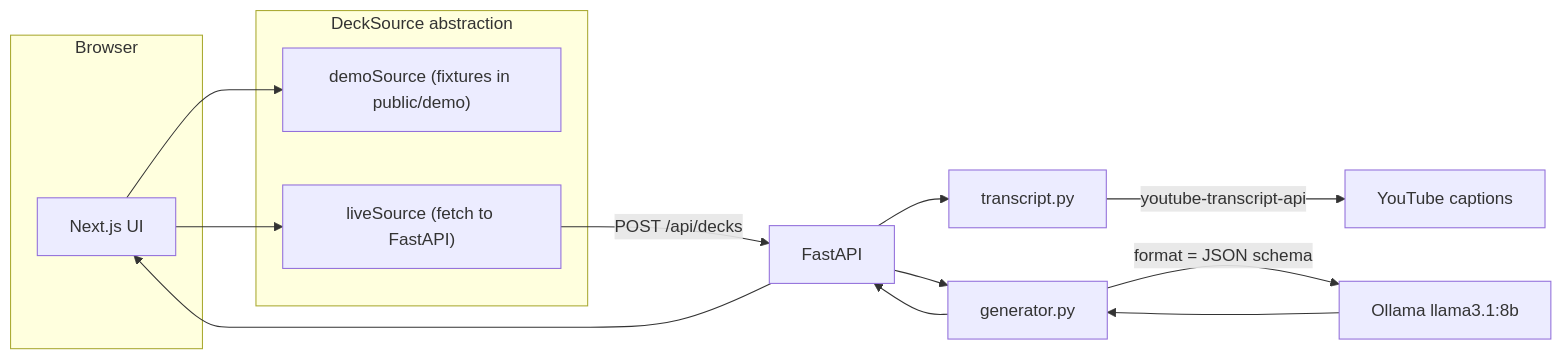
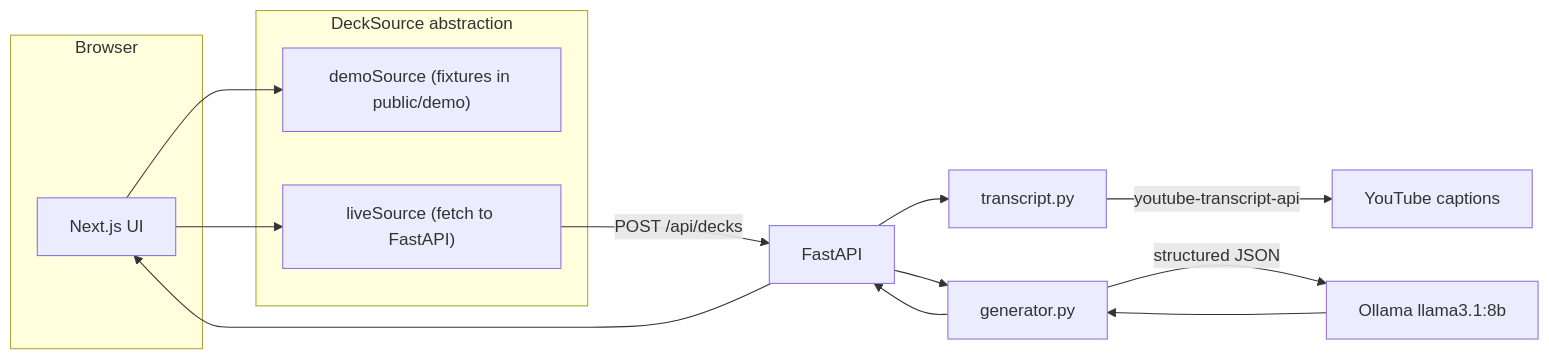
Before and after one commit to edvardhov/tubeek: the diagram in README.md, drawn with Mermaid. The commit also changed other lines of this file, not shown here.

````diff
--- a/README.md
+++ b/README.md
@@ -11,20 +34,20 @@
 ```mermaid
 flowchart LR
     subgraph browser [Browser]
         UI[Next.js UI]
     end
     subgraph modes [DeckSource abstraction]
         DemoSrc["demoSource (fixtures in public/demo)"]
         LiveSrc["liveSource (fetch to FastAPI)"]
     end
     UI --> DemoSrc
     UI --> LiveSrc
     LiveSrc -->|"POST /api/decks"| API[FastAPI]
     API --> T[transcript.py]
     T -->|"youtube-transcript-api"| YT[YouTube captions]
     API --> G[generator.py]
-    G -->|"format = JSON schema"| OL["Ollama llama3.1:8b"]
+    G -->|"structured JSON"| OL["Ollama llama3.1:8b"]
     OL --> G
     G --> API
     API --> UI
 ```
````
